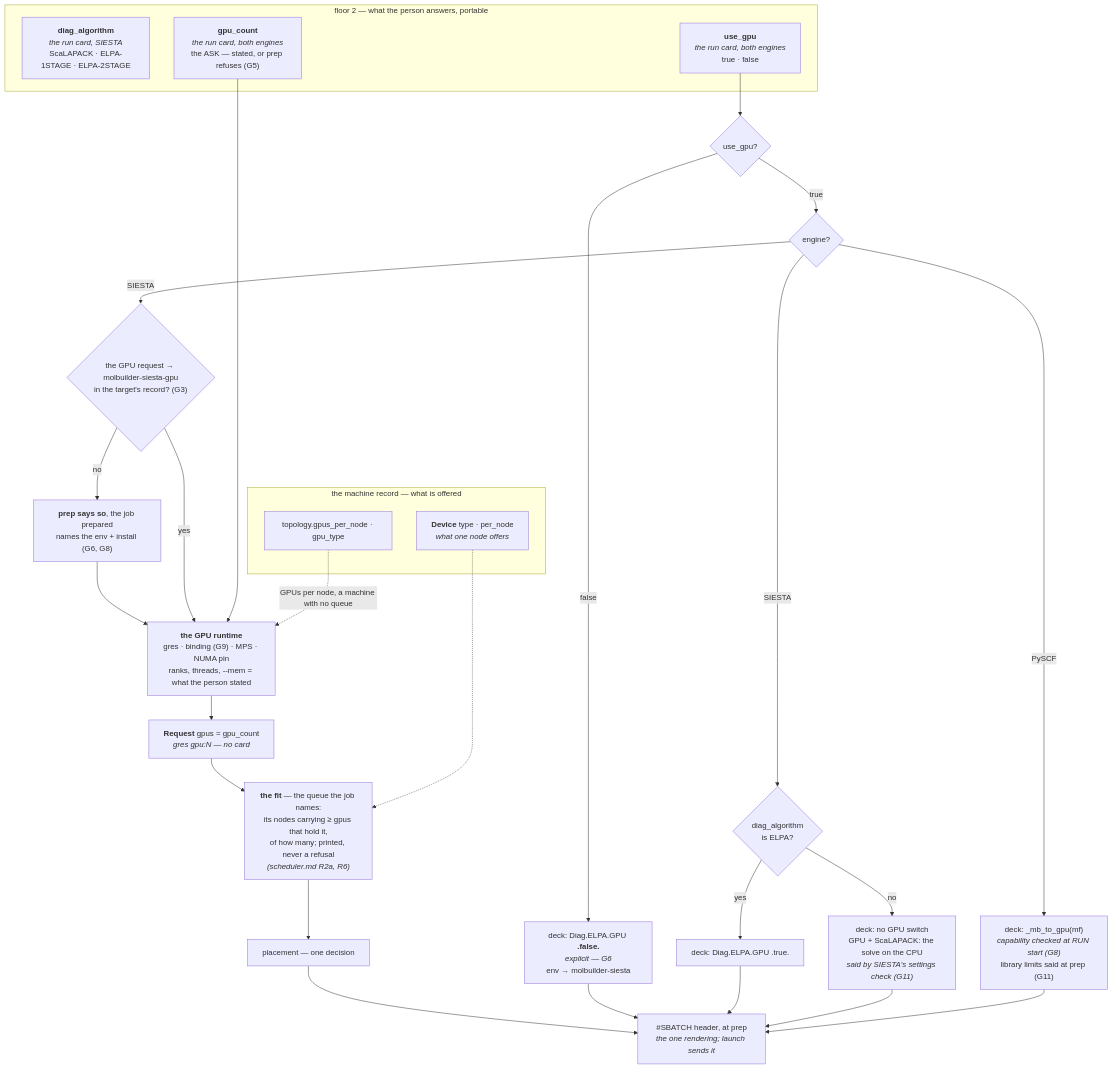
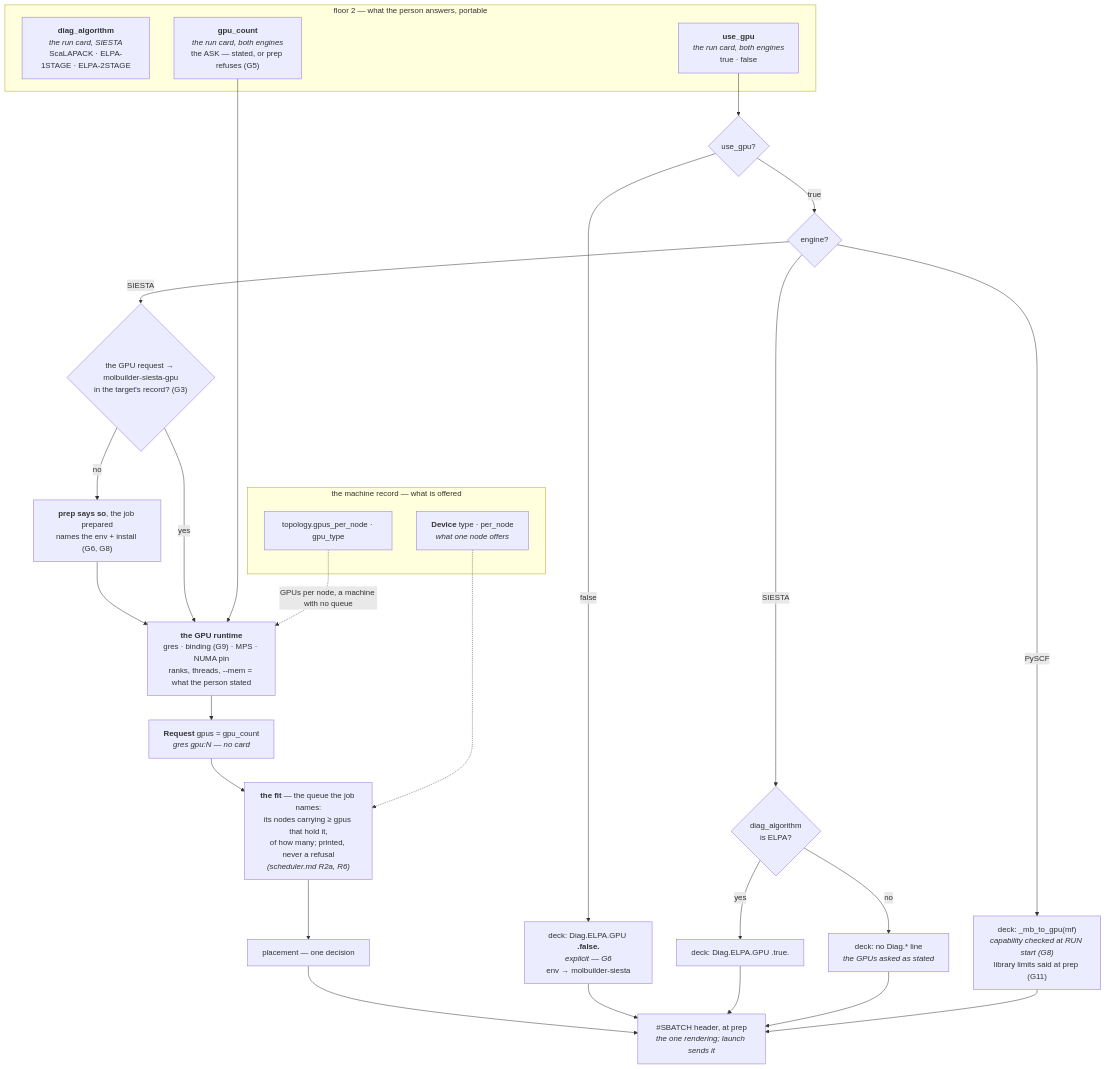
The diagram in docs/execution/gpu.md (Qing-LAB/molbuilder), drawn with Mermaid before and after one commit. The commit also changed other lines of this file and 130 other files, not shown here.

````diff
--- a/docs/execution/gpu.md
+++ b/docs/execution/gpu.md
@@ -261,42 +258,42 @@
 ```mermaid
 flowchart TB
     subgraph ASK["floor 2 — what the person answers, portable"]
         SOLVER["<b>diag_algorithm</b><br/><i>the run card, SIESTA</i><br/>ScaLAPACK · ELPA-1STAGE · ELPA-2STAGE"]
         WANT["<b>use_gpu</b><br/><i>the run card, both engines</i><br/>true · false"]
         COUNT["<b>gpu_count</b><br/><i>the run card, both engines</i><br/>the ASK — stated, or prep refuses (G5)"]
     end
 
     subgraph MACH["the machine record — what is offered"]
         DEV["<b>Device</b> type · per_node<br/><i>what one node offers</i>"]
         TOPO["topology.gpus_per_node · gpu_type"]
     end
 
     WANT --> Q1{"use_gpu?"}
     Q1 -->|false| CPU["deck: Diag.ELPA.GPU <b>.false.</b><br/><i>explicit — G6</i><br/>env → molbuilder-siesta"]
     Q1 -->|true| Q2{"engine?"}
 
     Q2 -->|SIESTA| Q3{"diag_algorithm<br/>is ELPA?"}
-    Q3 -->|no| SAID1["deck: no GPU switch<br/>GPU + ScaLAPACK: the solve on the CPU<br/><i>said by SIESTA's settings check (G11)</i>"]
+    Q3 -->|no| NODIAG["deck: no Diag.* line<br/><i>the GPUs asked as stated</i>"]
     Q3 -->|yes| DECK["deck: Diag.ELPA.GPU .true."]
     ENV{"the GPU request → molbuilder-siesta-gpu<br/>in the target's record? (G3)"}
     Q2 -->|SIESTA| ENV
     Q2 -->|PySCF| PYDECK["deck: _mb_to_gpu(mf)<br/><i>capability checked at RUN start (G8)</i><br/>library limits said at prep (G11)"]
 
     ENV -->|no| SAID2["<b>prep says so</b>, the job prepared<br/>names the env + install (G6, G8)"]
     SAID2 --> RT
     ENV -->|yes| RT["<b>the GPU runtime</b><br/>gres · binding (G9) · MPS · NUMA pin<br/>ranks, threads, --mem = what the person stated"]
 
     COUNT --> RT
     TOPO -.->|"GPUs per node, a machine with no queue"| RT
     RT --> REQ["<b>Request</b> gpus = gpu_count<br/><i>gres gpu:N — no card</i>"]
 
     REQ --> FIT["<b>the fit</b> — the queue the job names:<br/>its nodes carrying ≥ gpus that hold it,<br/>of how many; printed, never a refusal<br/><i>(scheduler.md R2a, R6)</i>"]
     DEV -.-> FIT
     FIT --> PLACE["placement — one decision"]
     PLACE --> OUT["#SBATCH header, at prep<br/><i>the one rendering; launch sends it</i>"]
 
     CPU --> OUT
     DECK --> OUT
-    SAID1 --> OUT
+    NODIAG --> OUT
     PYDECK --> OUT
 ```
````
